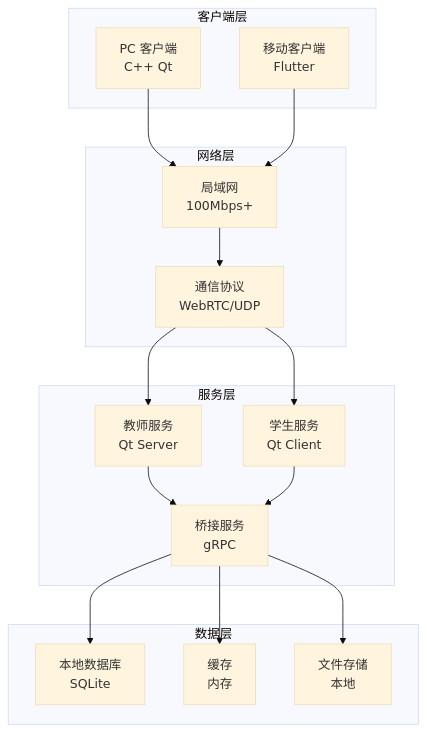
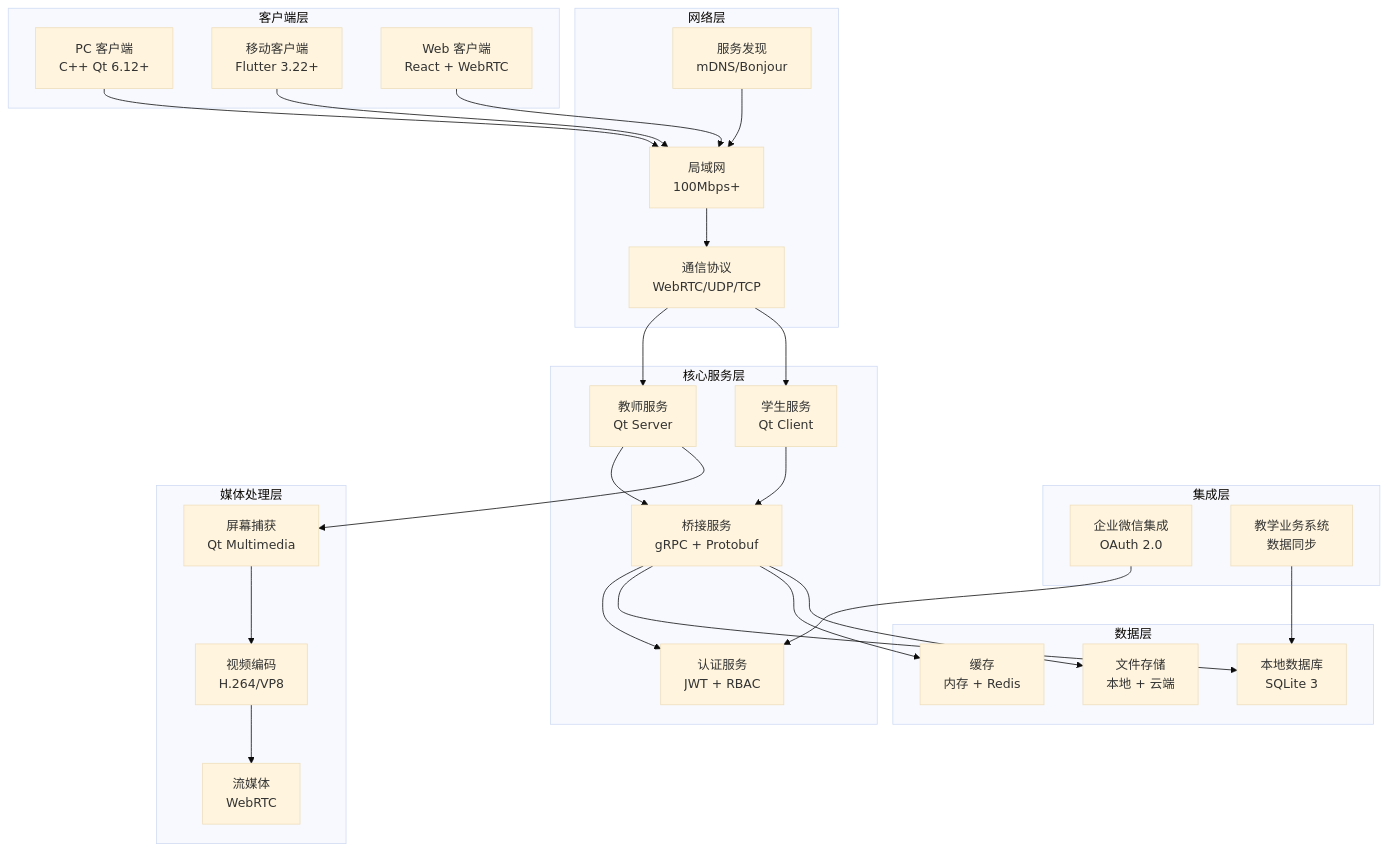
The first of 12 diagrams in docs/projects/sky-edu-classroom-screen-sharing/003_system-architecture_系统架构设计文档.md (IdEvEbI/sky-edu-docs), drawn with Mermaid (base theme) before and after one commit. The commit also changed other lines of this file, not shown here.

````diff
--- a/docs/projects/sky-edu-classroom-screen-sharing/003_system-architecture_系统架构设计文档.md
+++ b/docs/projects/sky-edu-classroom-screen-sharing/003_system-architecture_系统架构设计文档.md
@@ -34,35 +75,57 @@
 ```mermaid
 graph TB
     subgraph "客户端层"
-        PC[PC 客户端<br/>C++ Qt]
-        Mobile[移动客户端<br/>Flutter]
+        PC[PC 客户端<br/>C++ Qt 6.12+]
+        Mobile[移动客户端<br/>Flutter 3.22+]
+        Web[Web 客户端<br/>React + WebRTC]
     end
-    
+
+    subgraph "集成层"
+        WX[企业微信集成<br/>OAuth 2.0]
+        MIS[教学业务系统<br/>数据同步]
+    end
+
     subgraph "网络层"
         LAN[局域网<br/>100Mbps+]
-        Protocol[通信协议<br/>WebRTC/UDP]
+        Protocol[通信协议<br/>WebRTC/UDP/TCP]
+        Discovery[服务发现<br/>mDNS/Bonjour]
     end
-    
-    subgraph "服务层"
+
+    subgraph "核心服务层"
         Teacher[教师服务<br/>Qt Server]
         Student[学生服务<br/>Qt Client]
-        Bridge[桥接服务<br/>gRPC]
+        Bridge[桥接服务<br/>gRPC + Protobuf]
+        Auth[认证服务<br/>JWT + RBAC]
     end
-    
+
+    subgraph "媒体处理层"
+        Capture[屏幕捕获<br/>Qt Multimedia]
+        Encode[视频编码<br/>H.264/VP8]
+        Stream[流媒体<br/>WebRTC]
+    end
+
     subgraph "数据层"
-        LocalDB[本地数据库<br/>SQLite]
-        Cache[缓存<br/>内存]
-        Files[文件存储<br/>本地]
+        LocalDB[本地数据库<br/>SQLite 3]
+        Cache[缓存<br/>内存 + Redis]
+        Files[文件存储<br/>本地 + 云端]
     end
-    
+
     PC --> LAN
     Mobile --> LAN
+    Web --> LAN
     LAN --> Protocol
     Protocol --> Teacher
     Protocol --> Student
     Teacher --> Bridge
     Student --> Bridge
+    Bridge --> Auth
     Bridge --> LocalDB
     Bridge --> Cache
     Bridge --> Files
+    Teacher --> Capture
+    Capture --> Encode
+    Encode --> Stream
+    WX --> Auth
+    MIS --> LocalDB
+    Discovery --> LAN
 ```
````
